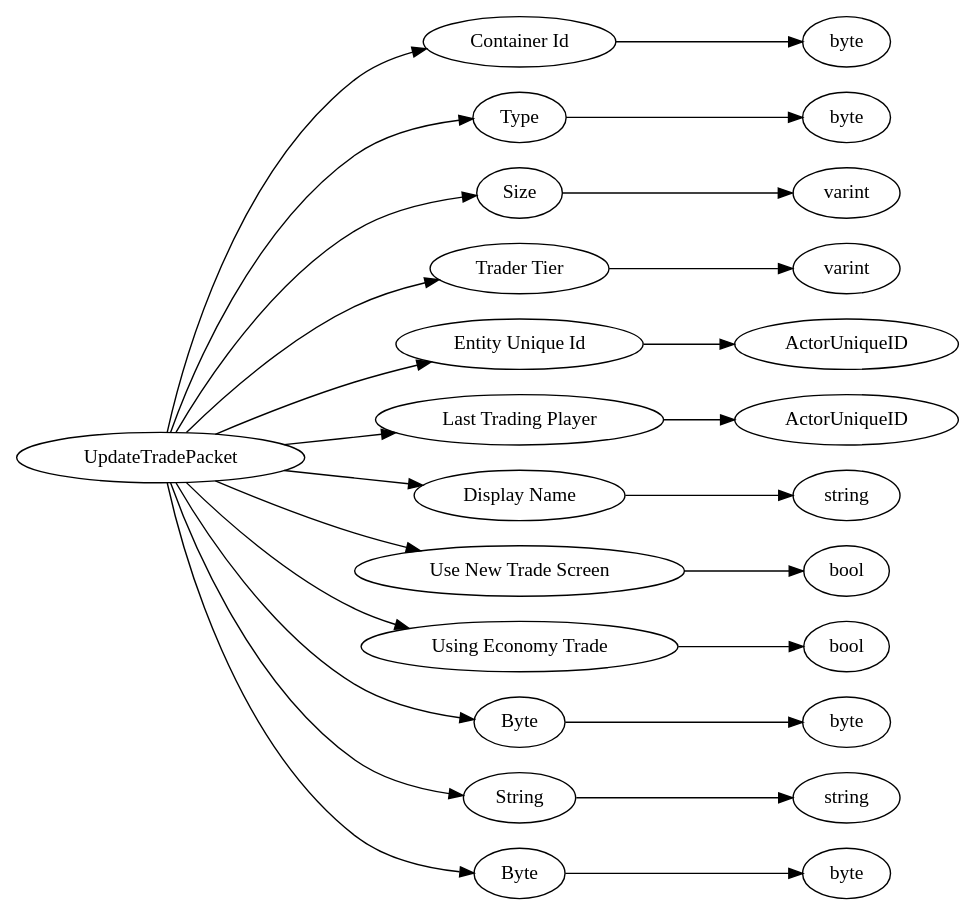
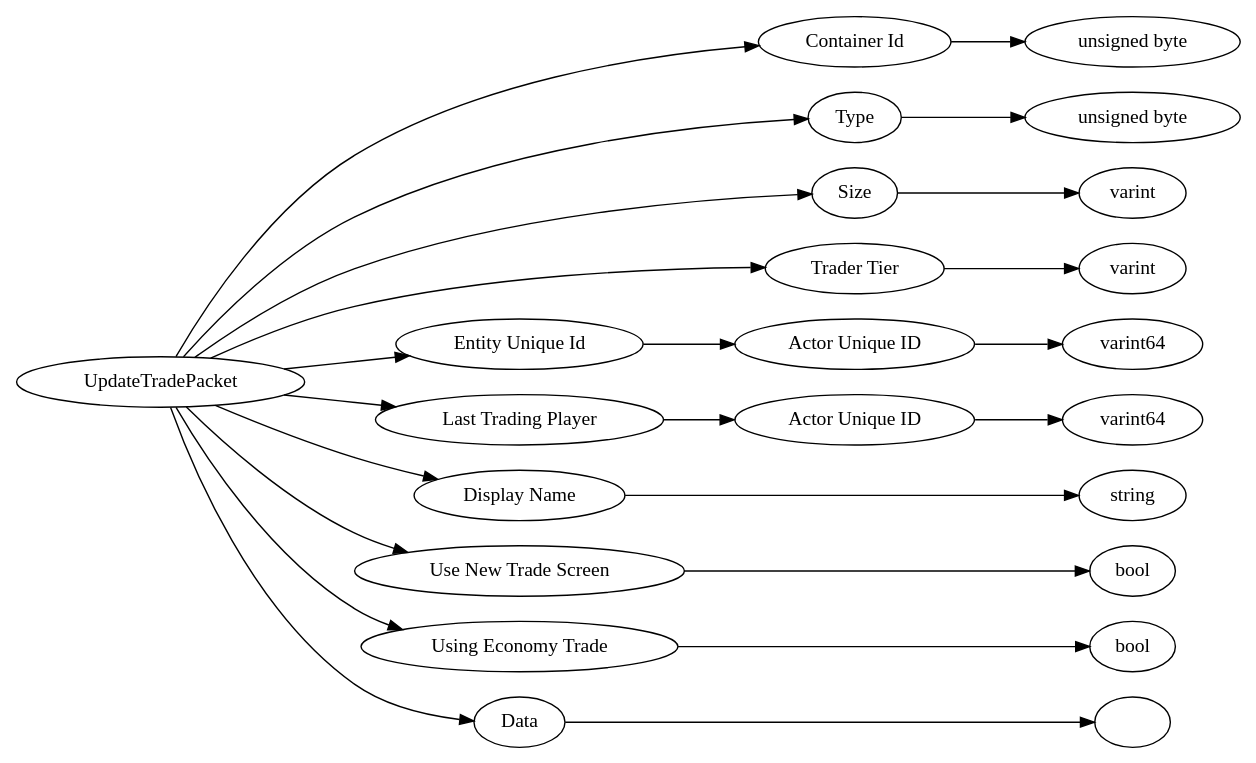
One commit to Mojang/bedrock-protocol-docs changed the diagram in dot/UpdateTradePacket.dot. Above: the diagram before and after it, drawn with Graphviz. The commit also changed 785 other files, not shown here.

```diff
--- a/dot/UpdateTradePacket.dot
+++ b/dot/UpdateTradePacket.dot
@@ -1,56 +1,52 @@
 digraph "UpdateTradePacket" {
 rankdir = LR
 0
 0 -> 1
 1 -> 2
 0 -> 3
 3 -> 4
 0 -> 5
 5 -> 6
 0 -> 7
 7 -> 8
 0 -> 9
 9 -> 10
-0 -> 11
-11 -> 12
-0 -> 13
+10 -> 11
+0 -> 12
+12 -> 13
 13 -> 14
 0 -> 15
 15 -> 16
 0 -> 17
 17 -> 18
 0 -> 19
 19 -> 20
 0 -> 21
 21 -> 22
-0 -> 23
-23 -> 24
 
-0 [label="UpdateTradePacket",comment="name: \"UpdateTradePacket\", typeName: \"\", id: 0, branchId: 80, recurseId: -1, attributes: 0, notes: \"\""];
+0 [label="UpdateTradePacket",comment="name: \"UpdateTradePacket\", typeName: \"\", id: 0, branchId: 0, recurseId: -1, attributes: 0, notes: \"This is used when the player trades with an npc. This sends all of the updated trade info in one big ol' packet.\""];
 1 [label="Container Id",comment="name: \"Container Id\", typeName: \"\", id: 1, branchId: 0, recurseId: -1, attributes: 0, notes: \"\""];
-2 [label="byte",comment="name: \"byte\", typeName: \"\", id: 2, branchId: 0, recurseId: -1, attributes: 512, notes: \"\""];
+2 [label="unsigned byte",comment="name: \"unsigned byte\", typeName: \"\", id: 2, branchId: 0, recurseId: -1, attributes: 512, notes: \"\""];
 3 [label="Type",comment="name: \"Type\", typeName: \"\", id: 3, branchId: 0, recurseId: -1, attributes: 0, notes: \"\""];
-4 [label="byte",comment="name: \"byte\", typeName: \"\", id: 4, branchId: 0, recurseId: -1, attributes: 512, notes: \"\""];
+4 [label="unsigned byte",comment="name: \"unsigned byte\", typeName: \"\", id: 4, branchId: 0, recurseId: -1, attributes: 512, notes: \"\""];
 5 [label="Size",comment="name: \"Size\", typeName: \"\", id: 5, branchId: 0, recurseId: -1, attributes: 0, notes: \"\""];
 6 [label="varint",comment="name: \"varint\", typeName: \"\", id: 6, branchId: 0, recurseId: -1, attributes: 512, notes: \"\""];
 7 [label="Trader Tier",comment="name: \"Trader Tier\", typeName: \"\", id: 7, branchId: 0, recurseId: -1, attributes: 0, notes: \"\""];
 8 [label="varint",comment="name: \"varint\", typeName: \"\", id: 8, branchId: 0, recurseId: -1, attributes: 512, notes: \"\""];
-9 [label="Entity Unique Id",comment="name: \"Entity Unique Id\", typeName: \"ActorUniqueID\", id: 9, branchId: 0, recurseId: -1, attributes: 256, notes: \"\""];
-10 [label="ActorUniqueID",comment="name: \"ActorUniqueID\", typeName: \"\", id: 10, branchId: 0, recurseId: -1, attributes: 512, notes: \"\""];
-11 [label="Last Trading Player",comment="name: \"Last Trading Player\", typeName: \"ActorUniqueID\", id: 11, branchId: 0, recurseId: -1, attributes: 256, notes: \"\""];
-12 [label="ActorUniqueID",comment="name: \"ActorUniqueID\", typeName: \"\", id: 12, branchId: 0, recurseId: -1, attributes: 512, notes: \"\""];
-13 [label="Display Name",comment="name: \"Display Name\", typeName: \"\", id: 13, branchId: 0, recurseId: -1, attributes: 0, notes: \"\""];
-14 [label="string",comment="name: \"string\", typeName: \"\", id: 14, branchId: 0, recurseId: -1, attributes: 512, notes: \"\""];
-15 [label="Use New Trade Screen",comment="name: \"Use New Trade Screen\", typeName: \"\", id: 15, branchId: 0, recurseId: -1, attributes: 0, notes: \"\""];
-16 [label="bool",comment="name: \"bool\", typeName: \"\", id: 16, branchId: 0, recurseId: -1, attributes: 512, notes: \"\""];
-17 [label="Using Economy Trade",comment="name: \"Using Economy Trade\", typeName: \"\", id: 17, branchId: 0, recurseId: -1, attributes: 0, notes: \"When set to false, it means the packet comes from the old Trade Component.\""];
+9 [label="Entity Unique Id",comment="name: \"Entity Unique Id\", typeName: \"\", id: 9, branchId: 0, recurseId: -1, attributes: 0, notes: \"\""];
+10 [label="Actor Unique ID",comment="name: \"Actor Unique ID\", typeName: \"\", id: 10, branchId: 0, recurseId: -1, attributes: 0, notes: \"\""];
+11 [label="varint64",comment="name: \"varint64\", typeName: \"\", id: 11, branchId: 0, recurseId: -1, attributes: 512, notes: \"\""];
+12 [label="Last Trading Player",comment="name: \"Last Trading Player\", typeName: \"\", id: 12, branchId: 0, recurseId: -1, attributes: 0, notes: \"\""];
+13 [label="Actor Unique ID",comment="name: \"Actor Unique ID\", typeName: \"\", id: 13, branchId: 0, recurseId: -1, attributes: 0, notes: \"\""];
+14 [label="varint64",comment="name: \"varint64\", typeName: \"\", id: 14, branchId: 0, recurseId: -1, attributes: 512, notes: \"\""];
+15 [label="Display Name",comment="name: \"Display Name\", typeName: \"\", id: 15, branchId: 0, recurseId: -1, attributes: 0, notes: \"\""];
+16 [label="string",comment="name: \"string\", typeName: \"\", id: 16, branchId: 0, recurseId: -1, attributes: 512, notes: \"\""];
+17 [label="Use New Trade Screen",comment="name: \"Use New Trade Screen\", typeName: \"\", id: 17, branchId: 0, recurseId: -1, attributes: 0, notes: \"\""];
 18 [label="bool",comment="name: \"bool\", typeName: \"\", id: 18, branchId: 0, recurseId: -1, attributes: 512, notes: \"\""];
-19 [label="Byte",comment="name: \"Byte\", typeName: \"\", id: 19, branchId: 0, recurseId: -1, attributes: 0, notes: \"\""];
-20 [label="byte",comment="name: \"byte\", typeName: \"\", id: 20, branchId: 0, recurseId: -1, attributes: 512, notes: \"\""];
-21 [label="String",comment="name: \"String\", typeName: \"\", id: 21, branchId: 0, recurseId: -1, attributes: 0, notes: \"\""];
-22 [label="string",comment="name: \"string\", typeName: \"\", id: 22, branchId: 0, recurseId: -1, attributes: 512, notes: \"\""];
-23 [label="Byte",comment="name: \"Byte\", typeName: \"\", id: 23, branchId: 0, recurseId: -1, attributes: 0, notes: \"\""];
-24 [label="byte",comment="name: \"byte\", typeName: \"\", id: 24, branchId: 0, recurseId: -1, attributes: 512, notes: \"\""];
-{ rank = max;2;4;6;8;10;12;14;16;18;20;22;24}
+19 [label="Using Economy Trade",comment="name: \"Using Economy Trade\", typeName: \"\", id: 19, branchId: 0, recurseId: -1, attributes: 0, notes: \"When set to false, it means the packet comes from the old Trade Component.\""];
+20 [label="bool",comment="name: \"bool\", typeName: \"\", id: 20, branchId: 0, recurseId: -1, attributes: 512, notes: \"When set to false, it means the packet comes from the old Trade Component.\""];
+21 [label="Data",comment="name: \"Data\", typeName: \"\", id: 21, branchId: 0, recurseId: -1, attributes: 0, notes: \"\""];
+22 [label="",comment="name: \"\", typeName: \"\", id: 22, branchId: 0, recurseId: -1, attributes: 512, notes: \"\""];
+{ rank = max;2;4;6;8;11;14;16;18;20;22}
 
 }
```
